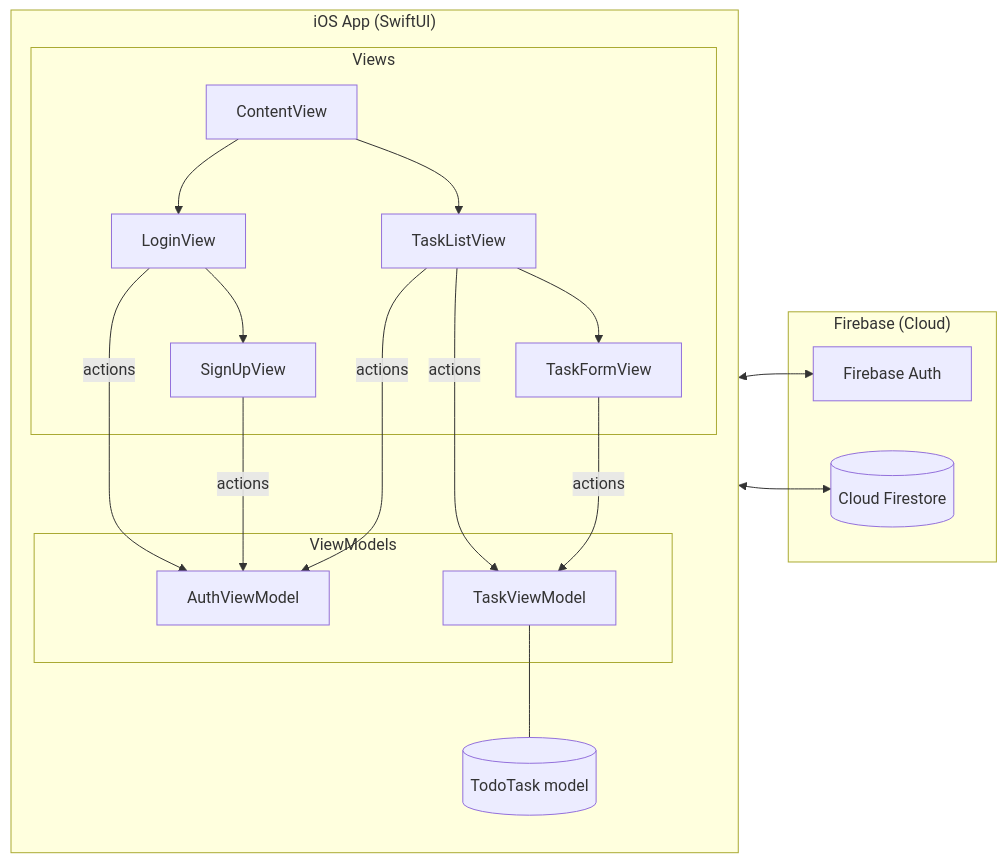
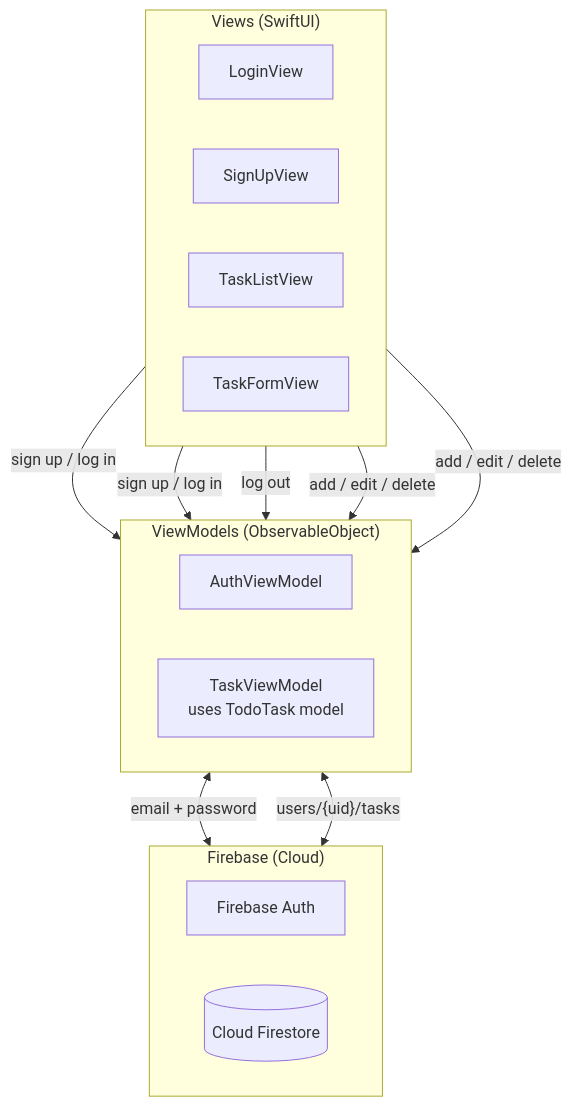
Before and after one commit to shadowfax-505/Muttakin_2207061_Firebase_Todo: the first of 4 diagrams in README.md, drawn with Mermaid.

Commit message:
Simplify architecture diagram

````diff
--- a/README.md
+++ b/README.md
@@ -45,32 +45,25 @@
 ```mermaid
-flowchart LR
-    subgraph App["iOS App (SwiftUI)"]
-        direction TB
-        subgraph Views
-            CV[ContentView]
-            LV[LoginView]
-            SV[SignUpView]
-            TLV[TaskListView]
-            TFV[TaskFormView]
-        end
-        subgraph ViewModels
-            AVM[AuthViewModel]
-            TVM[TaskViewModel]
-        end
-        M[(TodoTask model)]
+flowchart TB
+    subgraph V["Views (SwiftUI)"]
+        direction LR
+        LV[LoginView]
+        SV[SignUpView]
+        TLV[TaskListView]
+        TFV[TaskFormView]
     end
-
-    subgraph Firebase["Firebase (Cloud)"]
+    subgraph VM["ViewModels (ObservableObject)"]
+        direction LR
+        AVM[AuthViewModel]
+        TVM["TaskViewModel<br/>uses TodoTask model"]
+    end
+    subgraph FB["Firebase (Cloud)"]
+        direction LR
         AUTH[Firebase Auth]
         FS[(Cloud Firestore)]
     end
-
-    CV --> LV & TLV
-    LV --> SV
-    TLV --> TFV
-    LV & SV & TLV -- actions --> AVM
-    TLV & TFV -- actions --> TVM
-    AVM <--> AUTH
-    TVM <--> FS
-    TVM --- M
+    LV & SV -- "sign up / log in" --> AVM
+    TLV -- "log out" --> AVM
+    TLV & TFV -- "add / edit / delete" --> TVM
+    AVM <-- "email + password" --> AUTH
+    TVM <-- "users/{uid}/tasks" --> FS
 ```
````
